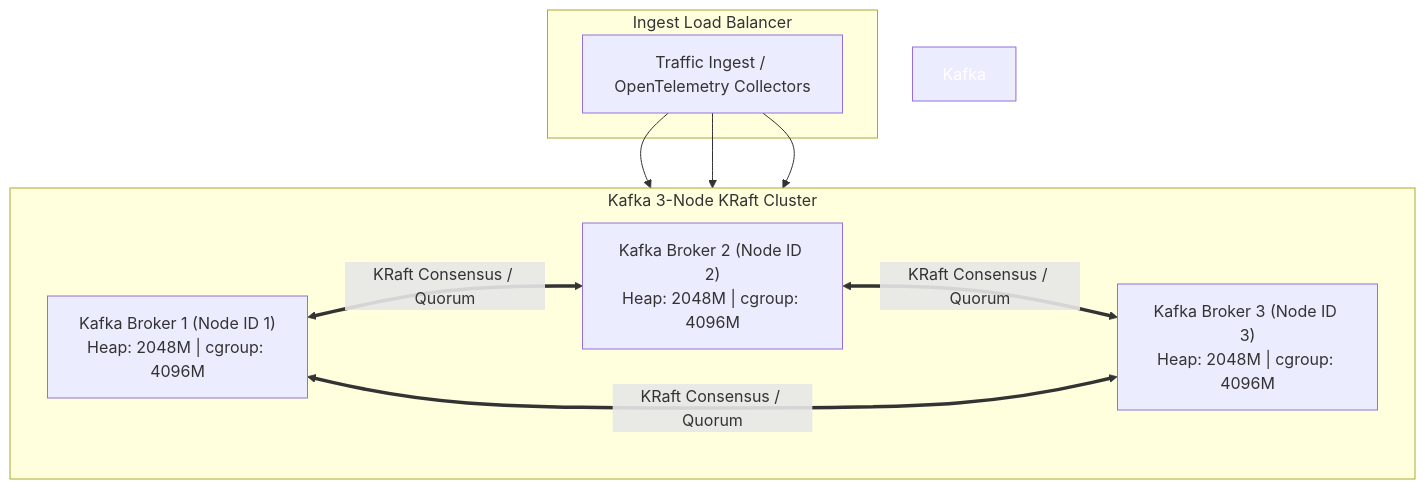
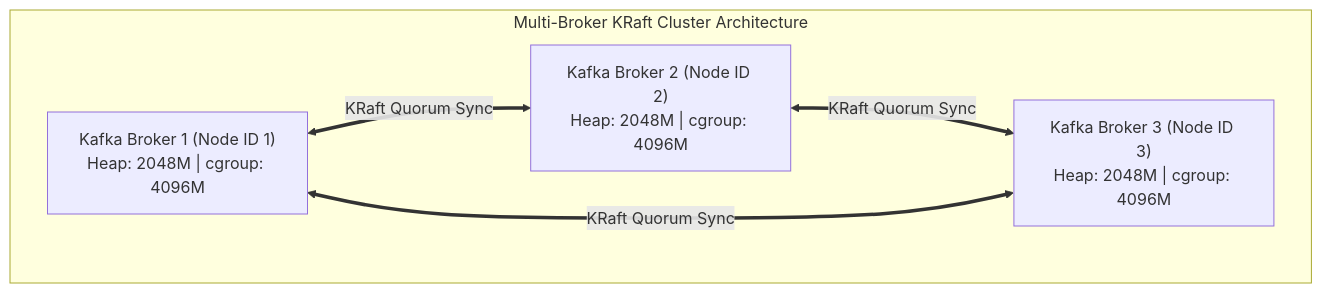
Before and after one commit to Chief-Strategist-J/llm-obs-infra: diagram 12 of 12 in docs/configDoc/kafka-configuration-guide.md, drawn with Mermaid. The commit also changed other lines of this file, not shown here.

Commit message:
docs(kafka): add HLD/LLD diagrams, naming convention origin, and visual parameter breakdowns to kafka-configuration-guide.md

````diff
--- a/docs/configDoc/kafka-configuration-guide.md
+++ b/docs/configDoc/kafka-configuration-guide.md
@@ -428,20 +457,13 @@
 ```mermaid
 graph TB
-    subgraph Ingest Load Balancer
-        LB["Traffic Ingest / OpenTelemetry Collectors"]
-    end
-
-    subgraph Kafka 3-Node KRaft Cluster
+    subgraph Multi-Broker KRaft Cluster Architecture
         direction LR
         B1["Kafka Broker 1 (Node ID 1)<br/>Heap: 2048M | cgroup: 4096M"]
         B2["Kafka Broker 2 (Node ID 2)<br/>Heap: 2048M | cgroup: 4096M"]
         B3["Kafka Broker 3 (Node ID 3)<br/>Heap: 2048M | cgroup: 4096M"]
+
+        B1 <==>|KRaft Quorum Sync| B2
+        B2 <==>|KRaft Quorum Sync| B3
+        B3 <==>|KRaft Quorum Sync| B1
     end
-
-    LB --> B1 & B2 & B3
-    B1 <==>|KRaft Consensus / Quorum| B2
-    B2 <==>|KRaft Consensus / Quorum| B3
-    B3 <==>|KRaft Consensus / Quorum| B1
-
-    style Kafka 3-Node KRaft Cluster fill:#0f172a,color:#fff
 ```
````
